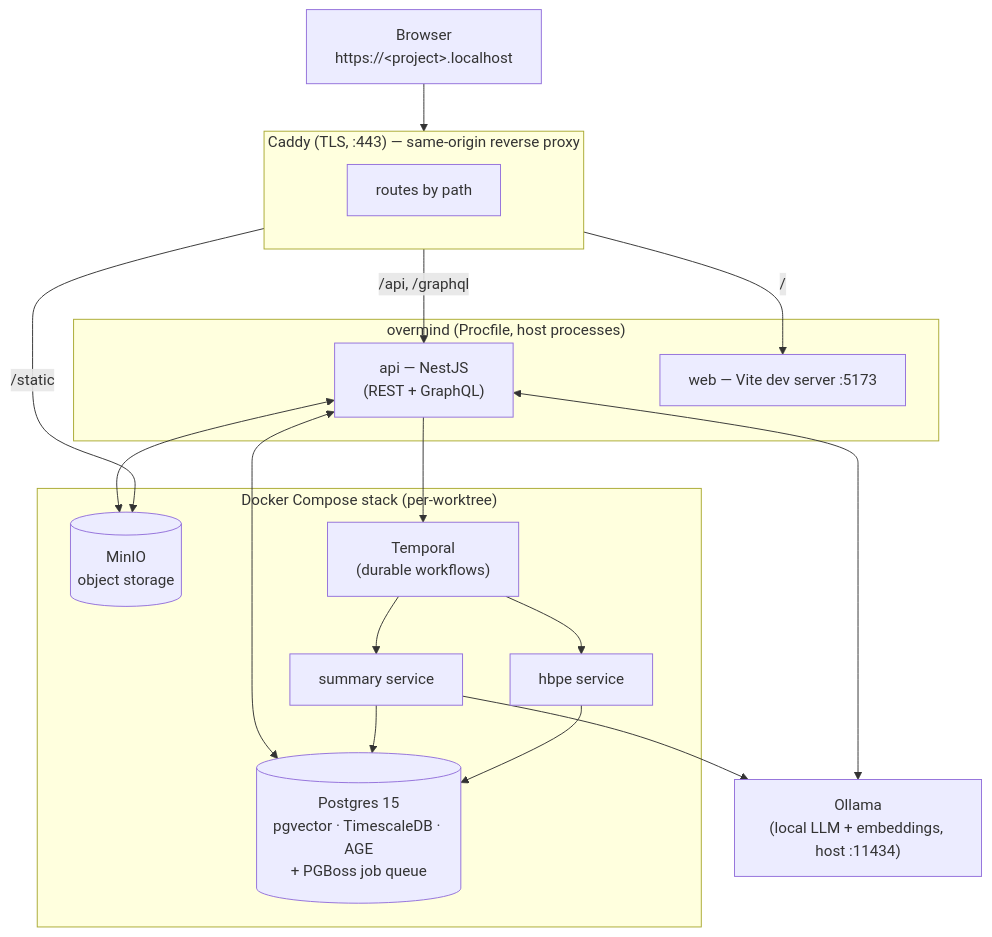
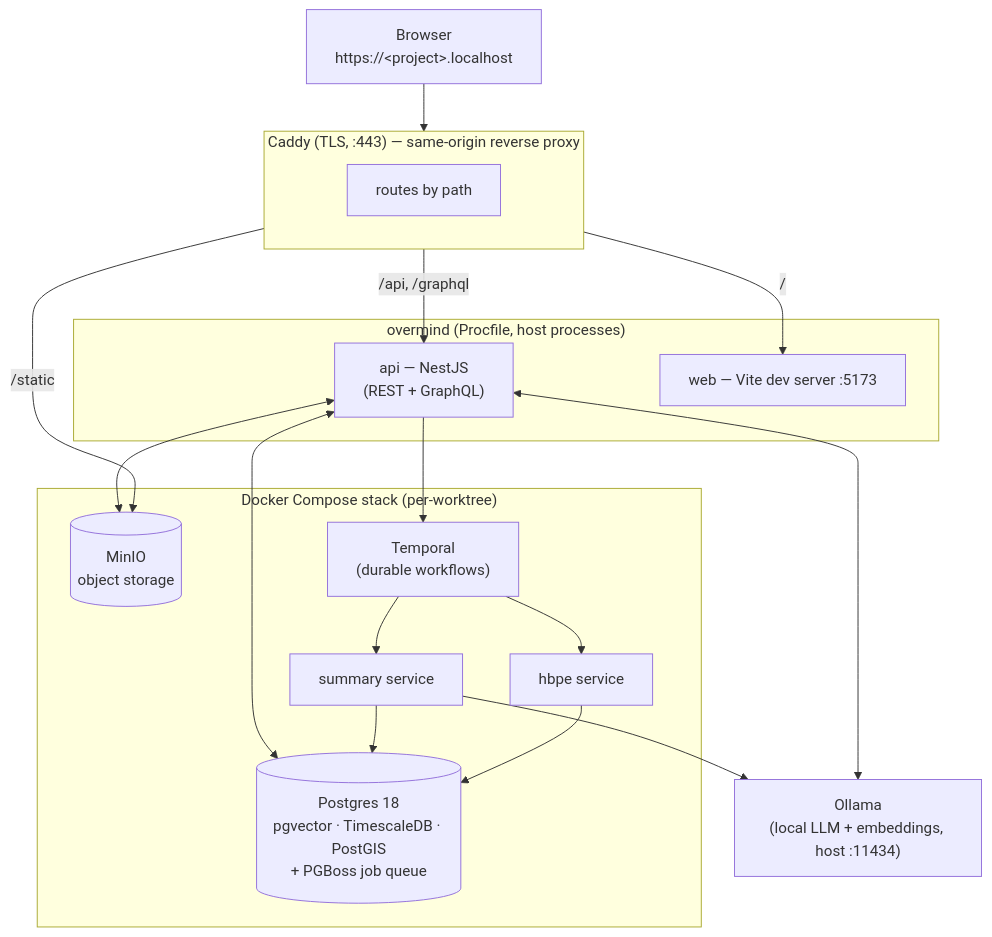
The first of 2 diagrams in README.md (bennettchamberlain/Requiemv1), drawn with Mermaid before and after one commit. The commit also changed other lines of this file and 4 other files, not shown here.

First line of the commit message:
docs: reconcile stack facts across README, CLAUDE, copilot, architecture

````diff
--- a/README.md
+++ b/README.md
@@ -56,38 +56,38 @@
 ```mermaid
 flowchart TB
     Browser["Browser<br/>https://&lt;project&gt;.localhost"]
 
     subgraph Caddy["Caddy (TLS, :443) — same-origin reverse proxy"]
       direction LR
       R["routes by path"]
     end
 
     subgraph Overmind["overmind (Procfile, host processes)"]
       API["api — NestJS<br/>(REST + GraphQL)"]
       WEB["web — Vite dev server :5173"]
     end
 
     subgraph Compose["Docker Compose stack (per-worktree)"]
-      PG[("Postgres 15<br/>pgvector · TimescaleDB · AGE<br/>+ PGBoss job queue")]
+      PG[("Postgres 18<br/>pgvector · TimescaleDB · PostGIS<br/>+ PGBoss job queue")]
       MINIO[("MinIO<br/>object storage")]
       TEMP["Temporal<br/>(durable workflows)"]
       SUM["summary service"]
       HBPE["hbpe service"]
     end
 
     OLLAMA["Ollama<br/>(local LLM + embeddings, host :11434)"]
 
     Browser --> Caddy
     R -->|"/api, /graphql"| API
     R -->|"/static"| MINIO
     R -->|"/"| WEB
     API <--> PG
     API <--> MINIO
     API --> TEMP
     API <--> OLLAMA
     TEMP --> SUM
     TEMP --> HBPE
     SUM --> PG
     HBPE --> PG
     SUM --> OLLAMA
 ```
````
